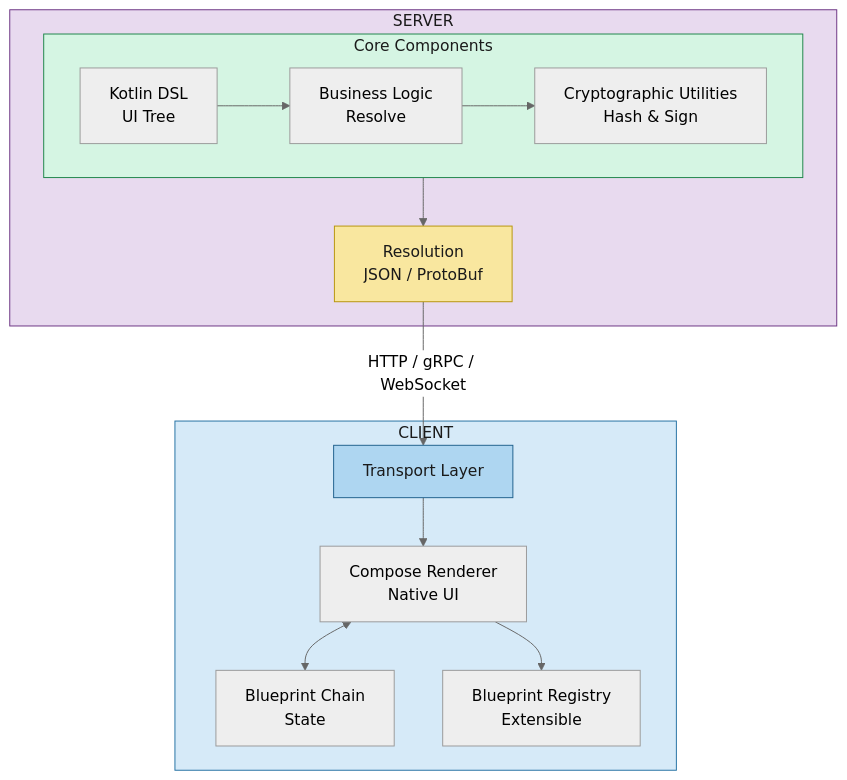
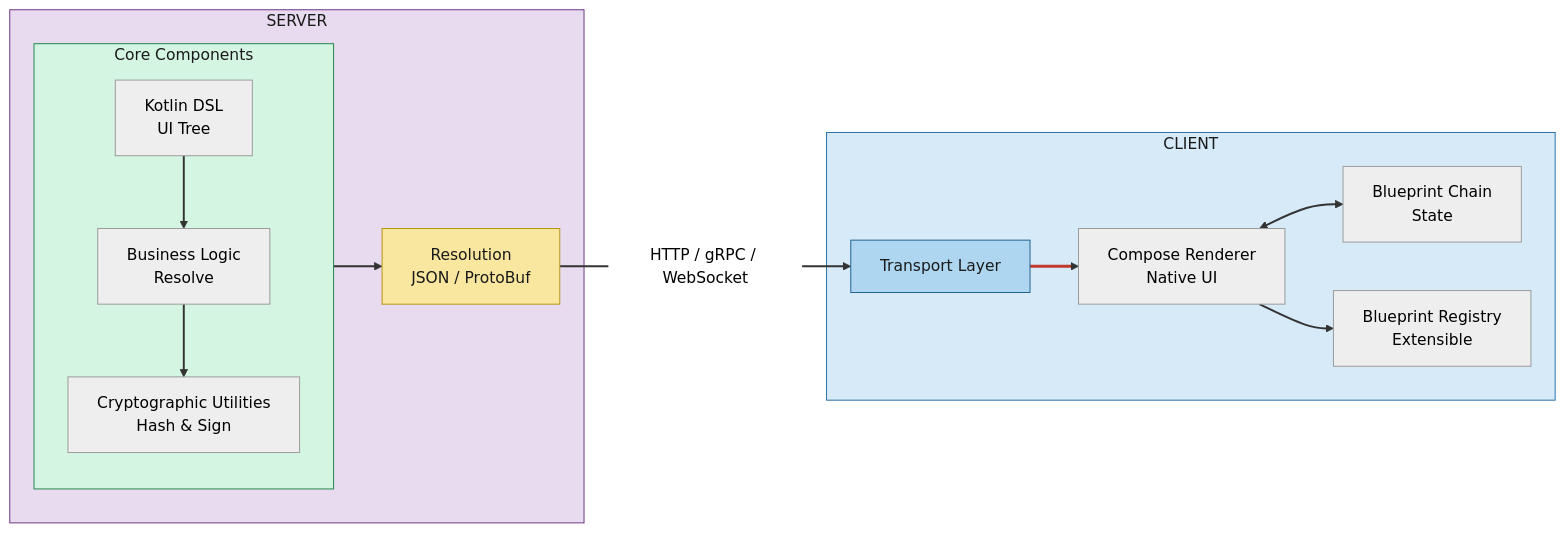
The diagram in README.md (numq/blueprint), drawn with Mermaid (neutral theme) before and after one commit.

````diff
--- a/README.md
+++ b/README.md
@@ -46,26 +46,29 @@
 ```mermaid
-graph TD
+graph LR
     subgraph Server [SERVER]
         subgraph ServerCore [Core Components]
             KotlinDSL[Kotlin DSL<br>UI Tree] --> BusinessLogic[Business Logic<br>Resolve]
             BusinessLogic --> CryptoUtils[Cryptographic Utilities<br>Hash & Sign]
         end
         
         ServerCore --> Resolution[Resolution<br>JSON / ProtoBuf]
     end
 
-    Resolution -->|HTTP / gRPC / WebSocket| ClientTransport
-
     subgraph Client [CLIENT]
         ClientTransport[Transport Layer] --> ComposeRenderer[Compose Renderer<br>Native UI]
         
         ComposeRenderer <--> BlueprintChain[Blueprint Chain<br>State]
         ComposeRenderer --> BlueprintRegistry[Blueprint Registry<br>Extensible]
     end
 
+    Resolution -->|HTTP / gRPC / WebSocket| ClientTransport
+
     style Server fill:#e8daef,stroke:#6c3483,color:#1a1a1a
     style Client fill:#d6eaf8,stroke:#2471a3,color:#1a1a1a
     style ServerCore fill:#d5f5e3,stroke:#1e8449,color:#1a1a1a
     style Resolution fill:#f9e79f,stroke:#b7950b,color:#1a1a1a
     style ClientTransport fill:#aed6f1,stroke:#1f618d,color:#1a1a1a
+
+    linkStyle default stroke:#333,stroke-width:2px
+    linkStyle 3 stroke:#c0392b,stroke-width:3px
 ```
````
